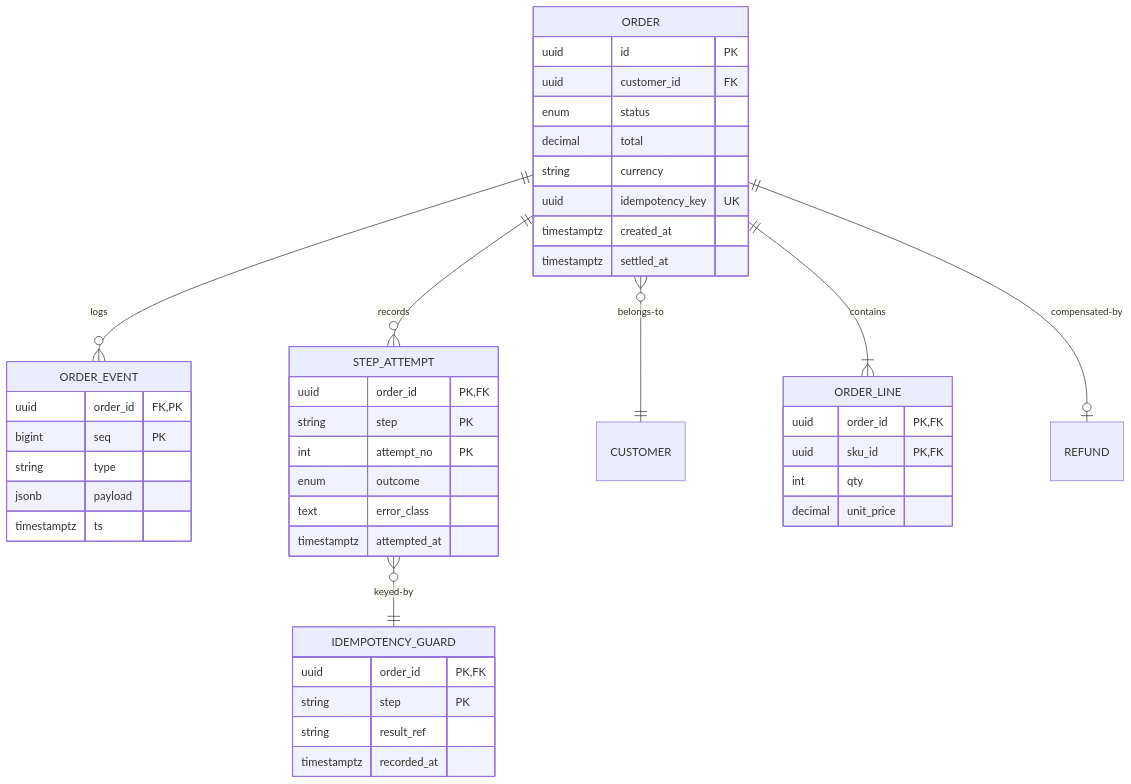
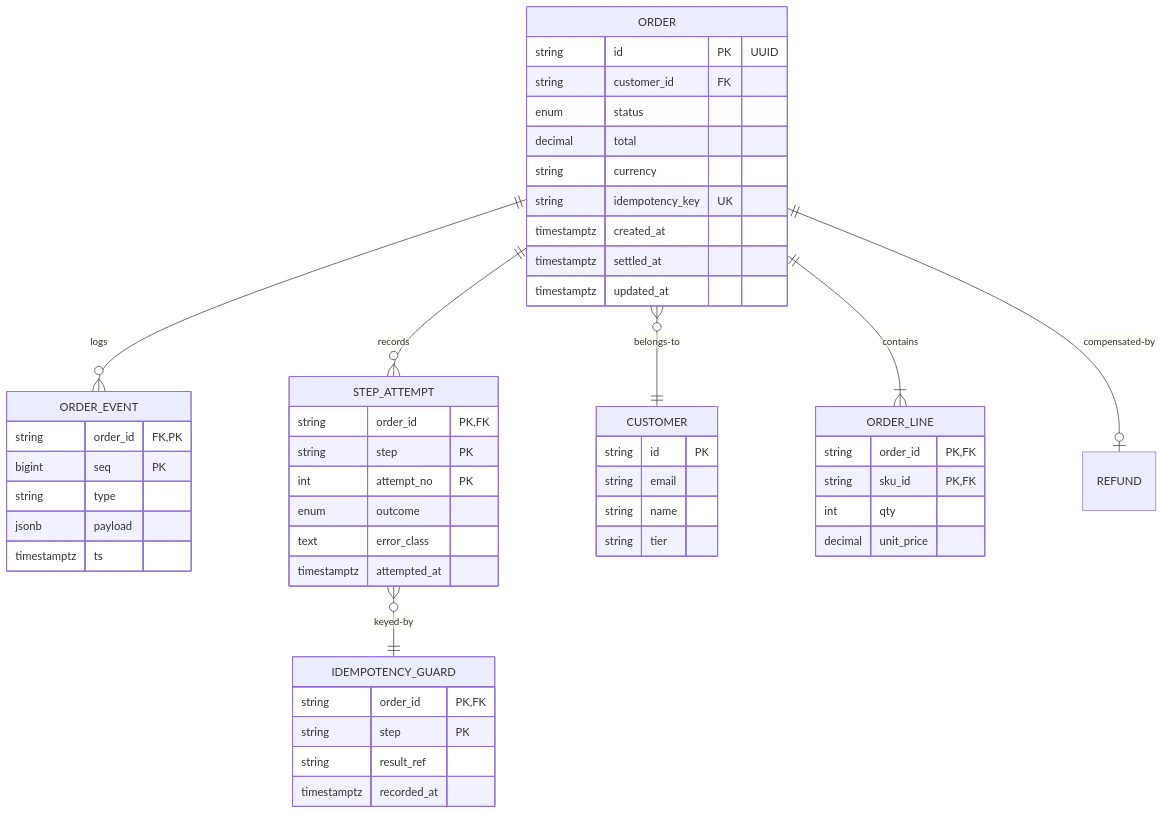
One commit to abhishekghoshh/system-design-helper changed the sixth of 21 diagrams in docs/system-design/high-level/designing/advanced/fault-tolerant-order-processing-system.md. Above: the diagram before and after it, drawn with Mermaid. The commit also changed other lines of this file and 107 other files, not shown here.

````diff
--- a/docs/system-design/high-level/designing/advanced/fault-tolerant-order-processing-system.md
+++ b/docs/system-design/high-level/designing/advanced/fault-tolerant-order-processing-system.md
@@ -542,48 +343,54 @@
 ```mermaid
 erDiagram
     ORDER ||--o{ ORDER_EVENT : logs
     ORDER ||--o{ STEP_ATTEMPT : records
     ORDER }o--|| CUSTOMER : belongs-to
     ORDER ||--|{ ORDER_LINE : contains
     STEP_ATTEMPT }o--|| IDEMPOTENCY_GUARD : keyed-by
     ORDER ||--o| REFUND : compensated-by
 
     ORDER {
-        uuid id PK
-        uuid customer_id FK
+        string id PK "UUID"
+        string customer_id FK
         enum status
         decimal total
         string currency
-        uuid idempotency_key UK
+        string idempotency_key UK
         timestamptz created_at
         timestamptz settled_at
+        timestamptz updated_at
+    }
+    CUSTOMER {
+        string id PK
+        string email
+        string name
+        string tier
     }
     ORDER_LINE {
-        uuid order_id PK,FK
-        uuid sku_id PK,FK
+        string order_id PK,FK
+        string sku_id PK,FK
         int qty
         decimal unit_price
     }
     ORDER_EVENT {
-        uuid order_id FK,PK
+        string order_id FK,PK
         bigint seq PK
         string type
         jsonb payload
         timestamptz ts
     }
     STEP_ATTEMPT {
-        uuid order_id PK,FK
+        string order_id PK,FK
         string step PK
         int attempt_no PK
         enum outcome
         text error_class
         timestamptz attempted_at
     }
     IDEMPOTENCY_GUARD {
-        uuid order_id PK,FK
+        string order_id PK,FK
         string step PK
         string result_ref
         timestamptz recorded_at
     }
-
 ```
````
